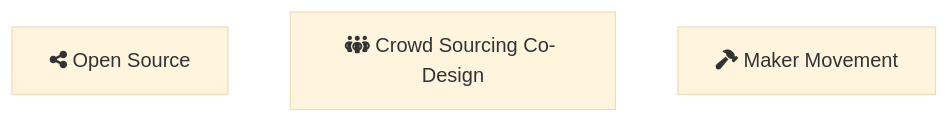
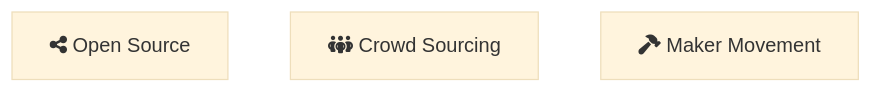
The diagram in openAT.md (loretod/AT_in_Education), drawn with Mermaid (base theme) before and after one commit. The commit also changed other lines of this file and 46 other files, not shown here.

````diff
--- a/openAT.md
+++ b/openAT.md
@@ -9,5 +9,5 @@
 ```{mermaid}
 flowchart LR
-    A[fa:fa-share-nodes Open Source] ~~~ B[fa:fa-people-group Crowd Sourcing Co- Design]
+    A[fa:fa-share-nodes Open Source] ~~~ B[fa:fa-people-group Crowd Sourcing]
     B ~~~ C[fa:fa-hammer Maker Movement]
 ```
````
